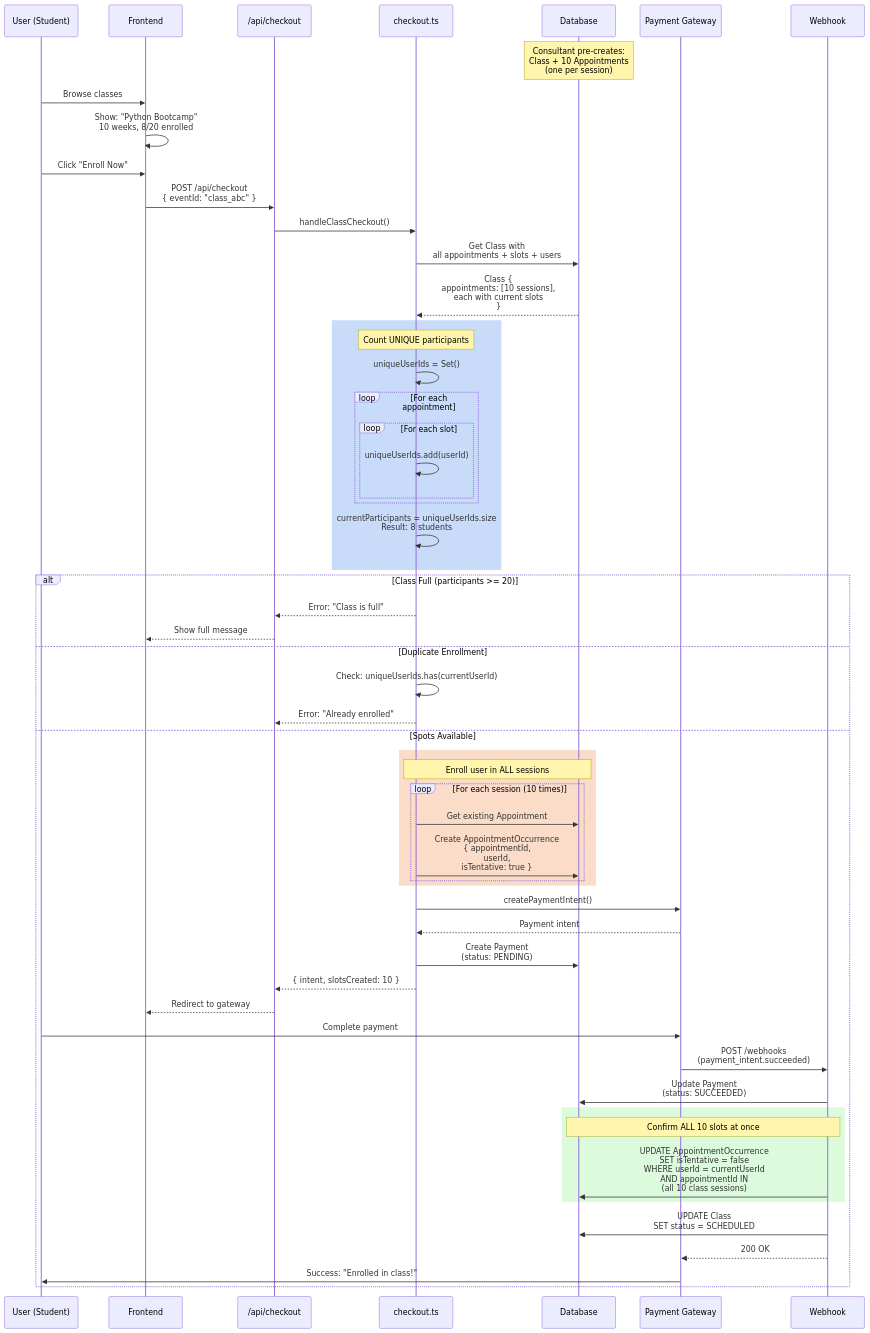
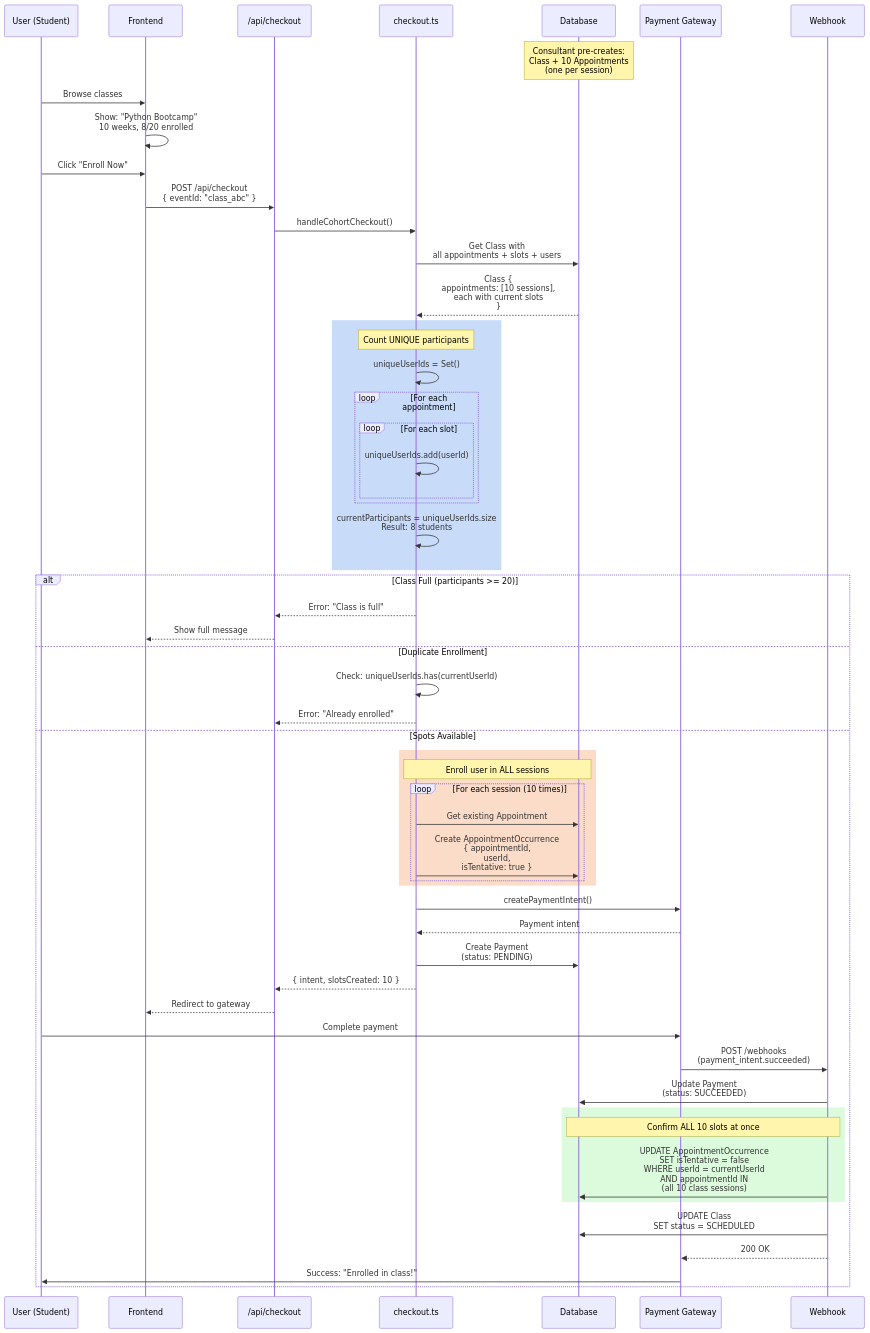
One commit to Practitionist/familiarise_web changed the second of 2 diagrams in docs/payments/checkout-flow/02-webinar-and-class.md. Above: the diagram before and after it, drawn with Mermaid. The commit also changed other lines of this file and 89 other files, not shown here.

````diff
--- a/docs/payments/checkout-flow/02-webinar-and-class.md
+++ b/docs/payments/checkout-flow/02-webinar-and-class.md
@@ -775,68 +775,68 @@
 ```mermaid
 sequenceDiagram
     participant U as User (Student)
     participant FE as Frontend
     participant API as /api/checkout
     participant CO as checkout.ts
     participant DB as Database
     participant PG as Payment Gateway
     participant WH as Webhook
 
     Note over DB: Consultant pre-creates:<br/>Class + 10 Appointments<br/>(one per session)
 
     U->>FE: Browse classes
     FE->>FE: Show: "Python Bootcamp"<br/>10 weeks, 8/20 enrolled
     U->>FE: Click "Enroll Now"
     FE->>API: POST /api/checkout<br/>{ eventId: "class_abc" }
 
-    API->>CO: handleClassCheckout()
+    API->>CO: handleCohortCheckout()
     CO->>DB: Get Class with<br/>all appointments + slots + users
     DB-->>CO: Class {<br/>  appointments: [10 sessions],<br/>  each with current slots<br/>}
 
     rect rgb(200, 220, 250)
         Note over CO: Count UNIQUE participants
         CO->>CO: uniqueUserIds = Set()
         loop For each appointment
             loop For each slot
                 CO->>CO: uniqueUserIds.add(userId)
             end
         end
         CO->>CO: currentParticipants = uniqueUserIds.size<br/>Result: 8 students
     end
 
     alt Class Full (participants >= 20)
         CO-->>API: Error: "Class is full"
         API-->>FE: Show full message
     else Duplicate Enrollment
         CO->>CO: Check: uniqueUserIds.has(currentUserId)
         CO-->>API: Error: "Already enrolled"
     else Spots Available
         rect rgb(250, 220, 200)
             Note over CO,DB: Enroll user in ALL sessions
             loop For each session (10 times)
                 CO->>DB: Get existing Appointment
                 CO->>DB: Create AppointmentOccurrence<br/>{ appointmentId,<br/>  userId,<br/>  isTentative: true }
             end
         end
 
         CO->>PG: createPaymentIntent()
         PG-->>CO: Payment intent
         CO->>DB: Create Payment<br/>(status: PENDING)
         CO-->>API: { intent, slotsCreated: 10 }
         API-->>FE: Redirect to gateway
 
         U->>PG: Complete payment
 
         PG->>WH: POST /webhooks<br/>(payment_intent.succeeded)
         WH->>DB: Update Payment<br/>(status: SUCCEEDED)
 
         rect rgb(220, 250, 220)
             Note over WH,DB: Confirm ALL 10 slots at once
             WH->>DB: UPDATE AppointmentOccurrence<br/>SET isTentative = false<br/>WHERE userId = currentUserId<br/>AND appointmentId IN<br/>  (all 10 class sessions)
         end
 
         WH->>DB: UPDATE Class<br/>SET status = SCHEDULED
         WH-->>PG: 200 OK
         PG->>U: Success: "Enrolled in class!"
     end
 ```
````
